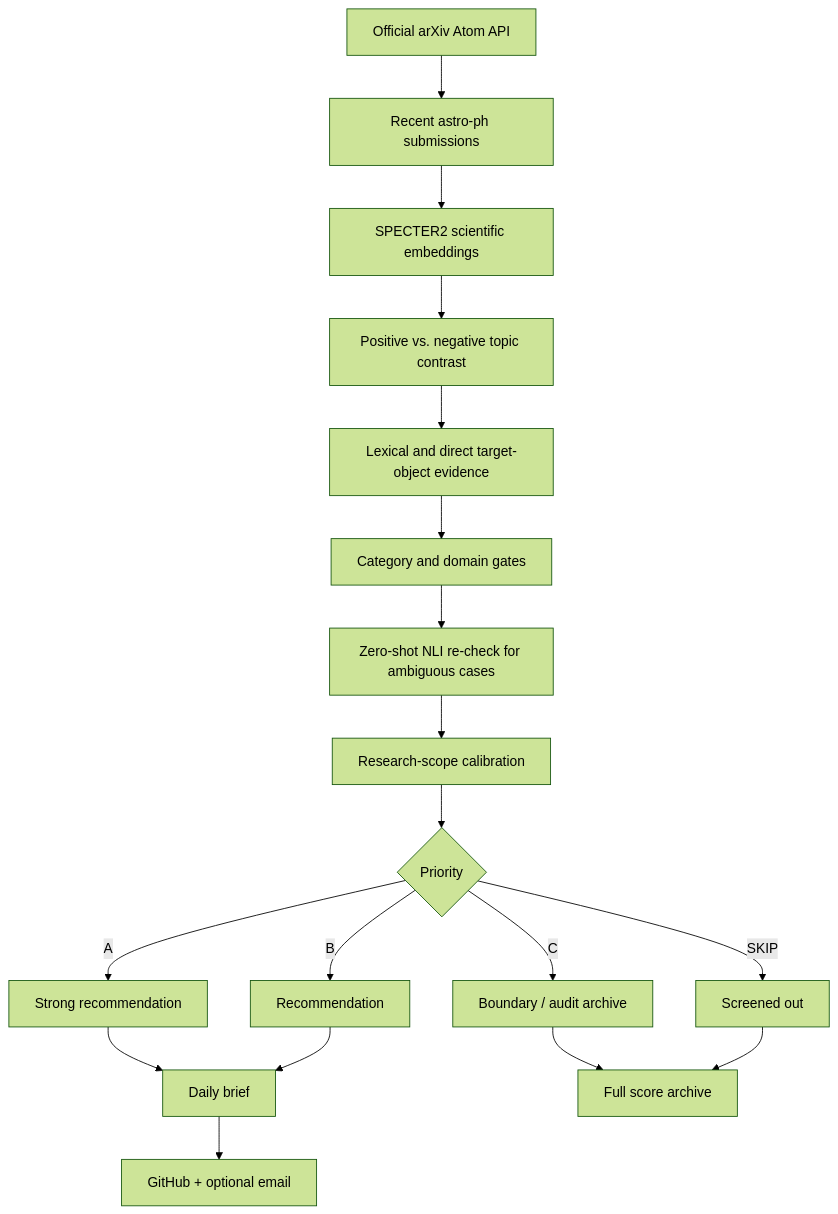
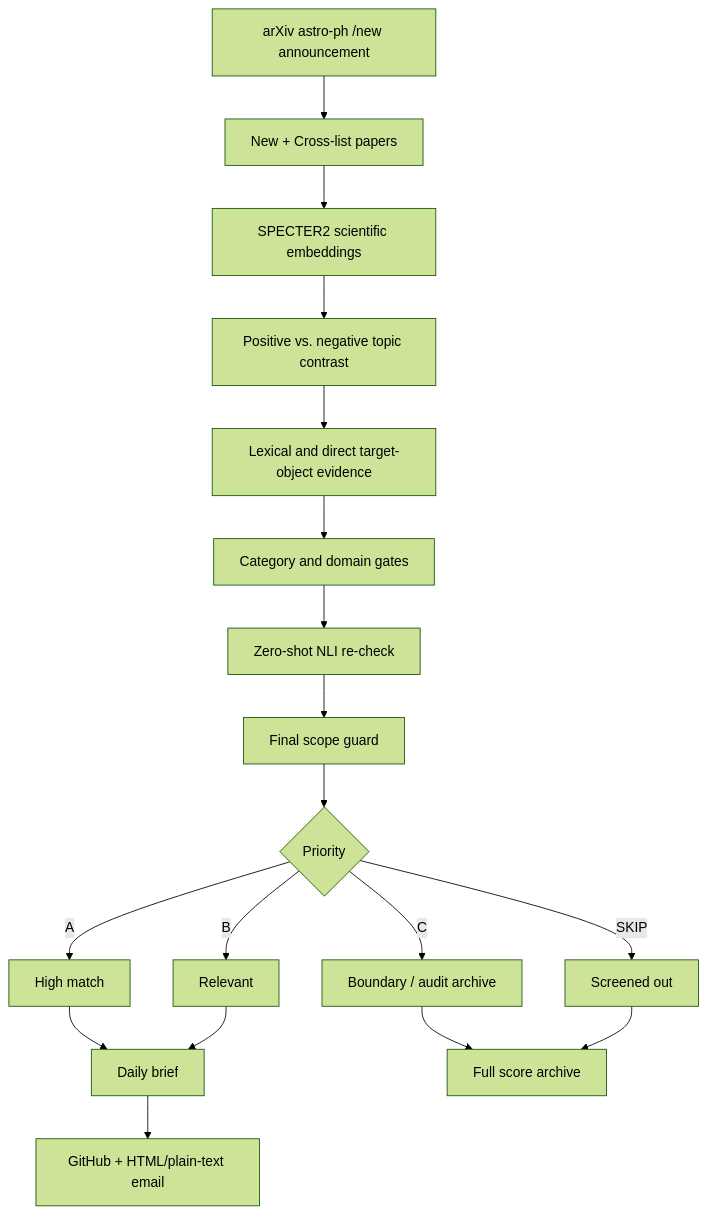
Before and after one commit to alznlyux/AstroBrief: the diagram in README.md, drawn with Mermaid (forest theme). The commit also changed other lines of this file, not shown here.

Commit message:
Refresh architecture docs and acknowledgements

````diff
--- a/README.md
+++ b/README.md
@@ -22,20 +22,20 @@
 ```mermaid
 flowchart TD
-    A[Official arXiv Atom API] --> B[Recent astro-ph submissions]
+    A[arXiv astro-ph /new announcement] --> B[New + Cross-list papers]
     B --> C[SPECTER2 scientific embeddings]
     C --> D[Positive vs. negative topic contrast]
     D --> E[Lexical and direct target-object evidence]
     E --> F[Category and domain gates]
-    F --> G[Zero-shot NLI re-check for ambiguous cases]
-    G --> H[Research-scope calibration]
+    F --> G[Zero-shot NLI re-check]
+    G --> H[Final scope guard]
     H --> I{Priority}
-    I -->|A| J[Strong recommendation]
-    I -->|B| K[Recommendation]
+    I -->|A| J[High match]
+    I -->|B| K[Relevant]
     I -->|C| L[Boundary / audit archive]
     I -->|SKIP| M[Screened out]
     J --> N[Daily brief]
     K --> N
     L --> O[Full score archive]
     M --> O
-    N --> P[GitHub + optional email]
+    N --> P[GitHub + HTML/plain-text email]
 ```
````
